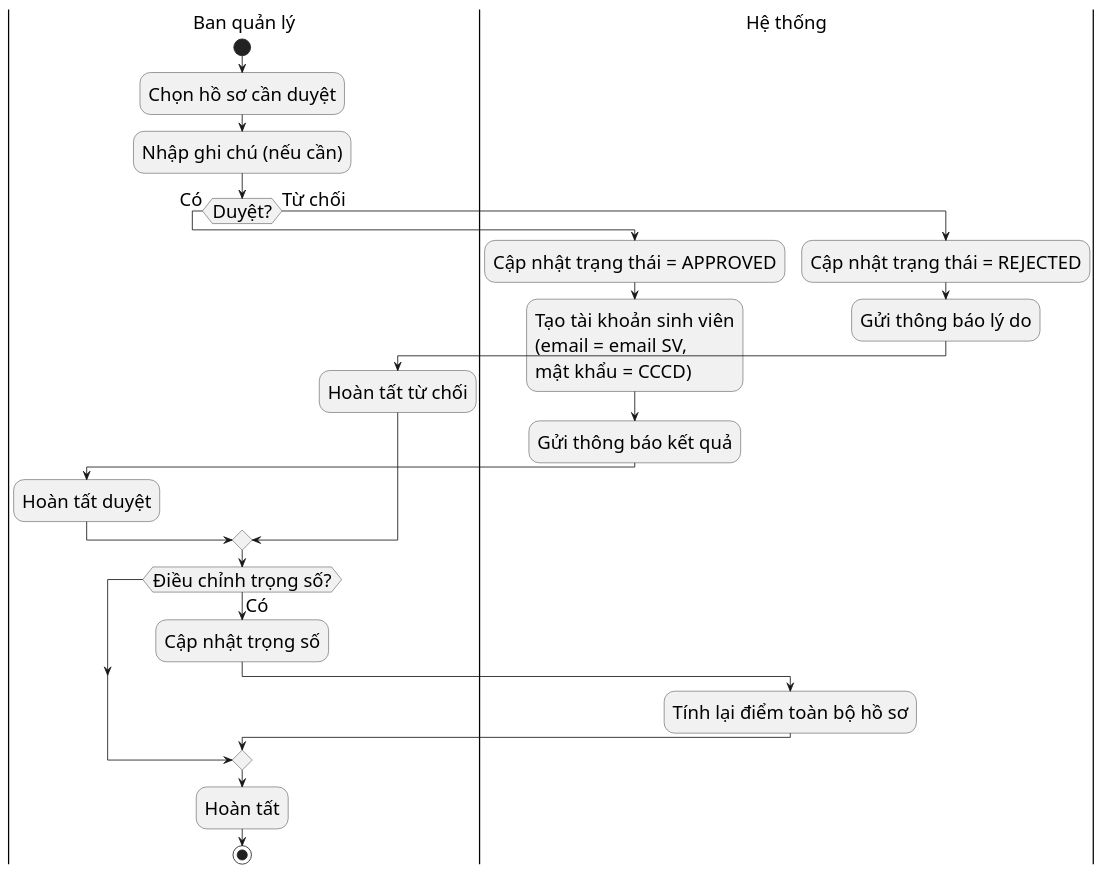
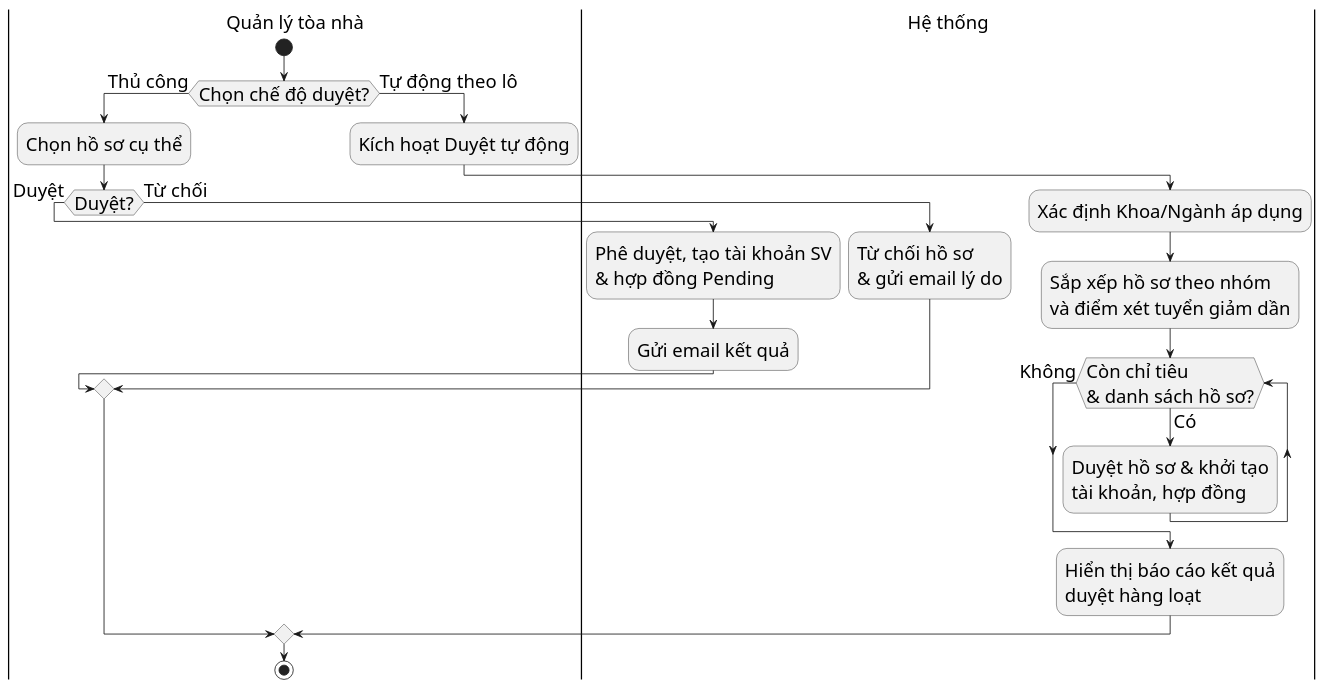
The diagram in diagrams/nhomhosodangky/registration_review_activity.puml (s0nbuildtech287/dormitory-frontend), drawn with PlantUML before and after one commit. The commit also changed 4 other files, not shown here.

```diff
--- a/diagrams/nhomhosodangky/registration_review_activity.puml
+++ b/diagrams/nhomhosodangky/registration_review_activity.puml
@@ -1,33 +1,29 @@
 @startuml "Registration Review Activity"
 skinparam defaultFontSize 22
 skinparam defaultFontName "Times New Roman"
-|Ban quản lý|
+|Quản lý tòa nhà|
 start
-:Chọn hồ sơ cần duyệt;
-:Nhập ghi chú (nếu cần);
-if (Duyệt?) then (Có)
+if (Chọn chế độ duyệt?) then (Thủ công)
+  :Chọn hồ sơ cụ thể;
+  if (Duyệt?) then (Duyệt)
+    |Hệ thống|
+    :Phê duyệt, tạo tài khoản SV\n& hợp đồng Pending;
+    :Gửi email kết quả;
+  else (Từ chối)
+    |Hệ thống|
+    :Từ chối hồ sơ\n& gửi email lý do;
+  endif
+else (Tự động theo lô)
+  |Quản lý tòa nhà|
+  :Kích hoạt Duyệt tự động;
   |Hệ thống|
-  :Cập nhật trạng thái = APPROVED;
-  :Tạo tài khoản sinh viên
-  (email = email SV,
-  mật khẩu = CCCD);
-  :Gửi thông báo kết quả;
-  |Ban quản lý|
-  :Hoàn tất duyệt;
-else (Từ chối)
-  |Hệ thống|
-  :Cập nhật trạng thái = REJECTED;
-  :Gửi thông báo lý do;
-  |Ban quản lý|
-  :Hoàn tất từ chối;
+  :Xác định Khoa/Ngành áp dụng;
+  :Sắp xếp hồ sơ theo nhóm\nvà điểm xét tuyển giảm dần;
+  while (Còn chỉ tiêu\n& danh sách hồ sơ?) is (Có)
+    :Duyệt hồ sơ & khởi tạo\ntài khoản, hợp đồng;
+  endwhile (Không)
+  :Hiển thị báo cáo kết quả\nduyệt hàng loạt;
 endif
-if (Điều chỉnh trọng số?) then (Có)
-  |Ban quản lý|
-  :Cập nhật trọng số;
-  |Hệ thống|
-  :Tính lại điểm toàn bộ hồ sơ;
-endif
-|Ban quản lý|
-:Hoàn tất;
+|Quản lý tòa nhà|
 stop
 @enduml
```
